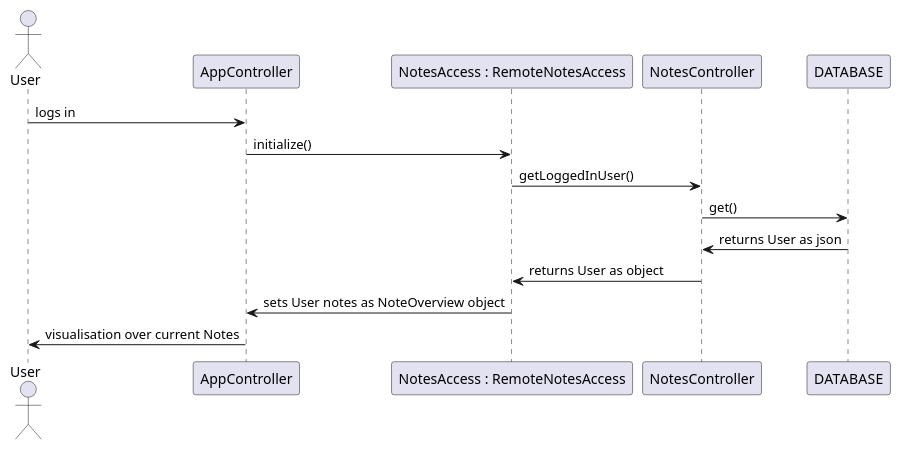
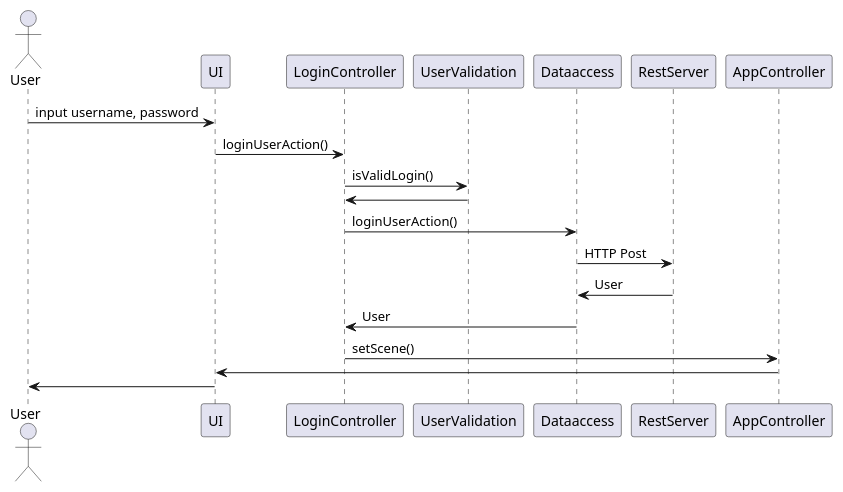
The diagram in notes/diagrams/src/sequence.puml (aasmul1/Informatikk-Prosjektarbeid), drawn with PlantUML before and after one commit.

Commit message:
Changed the sequence to be about the login action

```diff
--- a/notes/diagrams/src/sequence.puml
+++ b/notes/diagrams/src/sequence.puml
@@ -1,11 +1,15 @@
 @startuml sequenceDiagram
     actor User
-    User -> AppController: logs in
-    AppController -> "NotesAccess : RemoteNotesAccess": initialize()
-    "NotesAccess : RemoteNotesAccess" -> NotesController: getLoggedInUser()
-    NotesController -> DATABASE: get()
-    DATABASE -> NotesController: returns User as json
-    NotesController -> "NotesAccess : RemoteNotesAccess": returns User as object
-    "NotesAccess : RemoteNotesAccess" -> AppController: sets User notes as NoteOverview object
-    AppController -> User: visualisation over current Notes
+    User -> UI: input username, password
+    UI -> LoginController: loginUserAction()
+    LoginController -> UserValidation: isValidLogin()
+    UserValidation -> LoginController
+    LoginController -> Dataaccess: loginUserAction()
+    Dataaccess -> RestServer: HTTP Post
+    RestServer -> Dataaccess: User
+    Dataaccess -> LoginController: User
+    LoginController -> AppController: setScene()
+    AppController -> UI
+    UI -> User
+    
 @enduml
```
